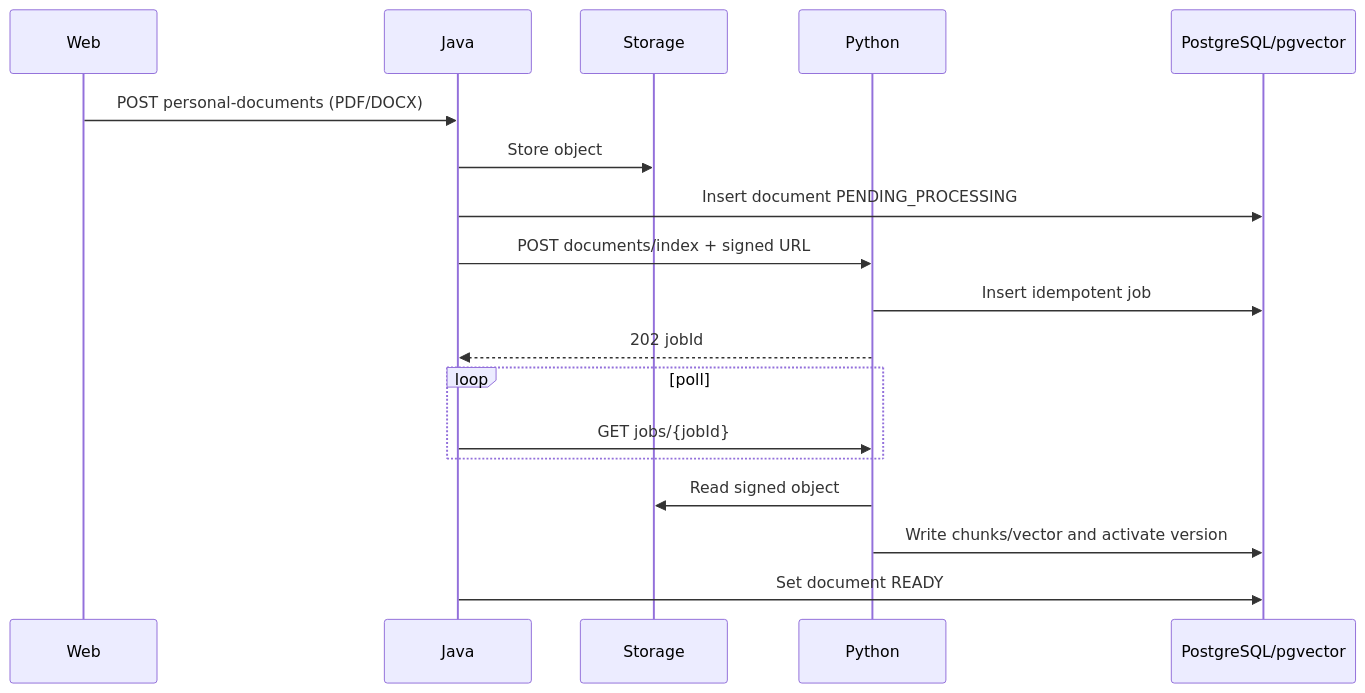
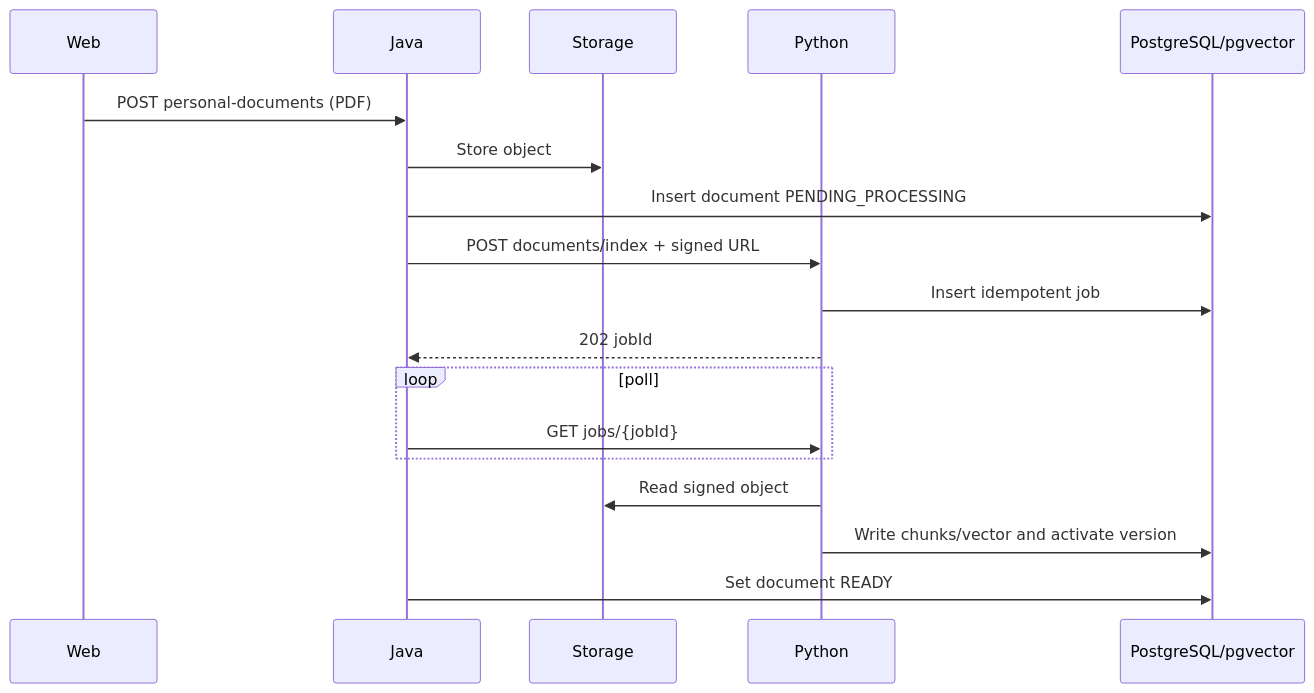
One commit to bch7504/DATN changed the diagram in docs/low-level-design.md. Above: the diagram before and after it, drawn with Mermaid. The commit also changed other lines of this file and 31 other files, not shown here.

Commit message:
feat: align PDF and PPTX learning flows

````diff
--- a/docs/low-level-design.md
+++ b/docs/low-level-design.md
@@ -159,21 +158,21 @@
 ```mermaid
 sequenceDiagram
     participant W as Web
     participant J as Java
     participant S as Storage
     participant A as Python
     participant P as PostgreSQL/pgvector
 
-    W->>J: POST personal-documents (PDF/DOCX)
+    W->>J: POST personal-documents (PDF)
     J->>S: Store object
     J->>P: Insert document PENDING_PROCESSING
     J->>A: POST documents/index + signed URL
     A->>P: Insert idempotent job
     A-->>J: 202 jobId
     loop poll
       J->>A: GET jobs/{jobId}
     end
     A->>S: Read signed object
     A->>P: Write chunks/vector and activate version
     J->>P: Set document READY
 ```
````
